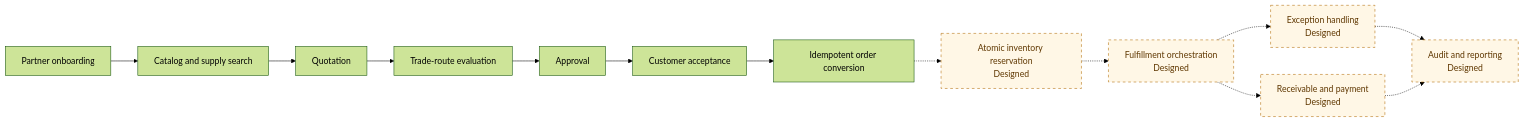
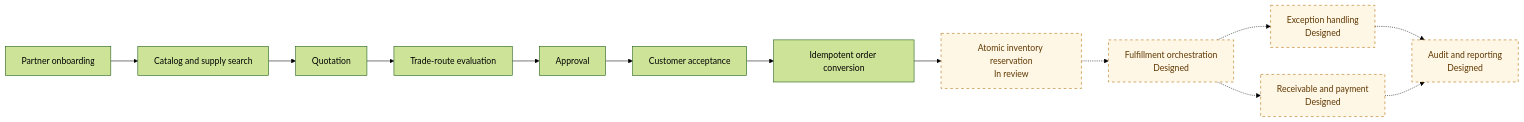
The first of 3 diagrams in README.md (RomanticHW/cellarbridge-platform), drawn with Mermaid (forest theme) before and after one commit. The commit also changed other lines of this file and 9 other files, not shown here.

Commit message:
docs(inventory): publish reservation outcome contracts

````diff
--- a/README.md
+++ b/README.md
@@ -24,18 +24,18 @@
 ```mermaid
 flowchart LR
     A[Partner onboarding] --> B[Catalog and supply search]
     B --> C[Quotation]
     C --> D[Trade-route evaluation]
     D --> E[Approval]
     E --> F[Customer acceptance]
     F --> G[Idempotent order conversion]
-    G -.-> H[Atomic inventory reservation<br/>Designed]
+    G --> H[Atomic inventory reservation<br/>In review]
     H -.-> I[Fulfillment orchestration<br/>Designed]
     I -.-> J[Exception handling<br/>Designed]
     I -.-> K[Receivable and payment<br/>Designed]
     J -.-> L[Audit and reporting<br/>Designed]
     K -.-> L
 
     classDef planned fill:#fff7e6,stroke:#b26a00,color:#5f3700,stroke-dasharray:5 5;
     class H,I,J,K,L planned;
 ```
````
